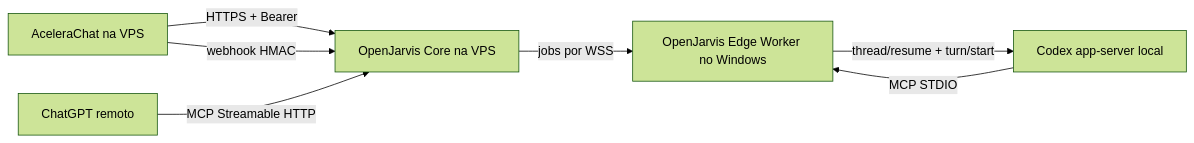
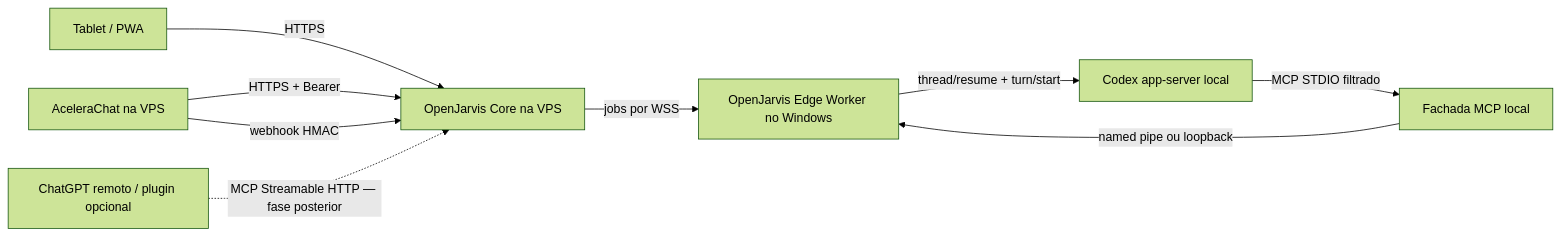
Before and after one commit to tadashiyukoyama/centraldeatendimentoCHAT: the diagram in docs/integrations/openjarvis-vps-release-runbook.md, drawn with Mermaid (forest theme). The commit also changed other lines of this file and 1 other file, not shown here.

````diff
--- a/docs/integrations/openjarvis-vps-release-runbook.md
+++ b/docs/integrations/openjarvis-vps-release-runbook.md
@@ -69,9 +71,11 @@
 ```mermaid
 flowchart LR
+    TB["Tablet / PWA"] -->|"HTTPS"| OJ["OpenJarvis Core na VPS"]
     AC["AceleraChat na VPS"] -->|"HTTPS + Bearer"| OJ["OpenJarvis Core na VPS"]
     AC -->|"webhook HMAC"| OJ
-    CH["ChatGPT remoto"] -->|"MCP Streamable HTTP"| OJ
+    CH["ChatGPT remoto / plugin opcional"] -.->|"MCP Streamable HTTP — fase posterior"| OJ
     OJ -->|"jobs por WSS"| EW["OpenJarvis Edge Worker no Windows"]
     EW -->|"thread/resume + turn/start"| CX["Codex app-server local"]
-    CX -->|"MCP STDIO"| EW
+    CX -->|"MCP STDIO filtrado"| MF["Fachada MCP local"]
+    MF -->|"named pipe ou loopback"| EW
 ```
````
